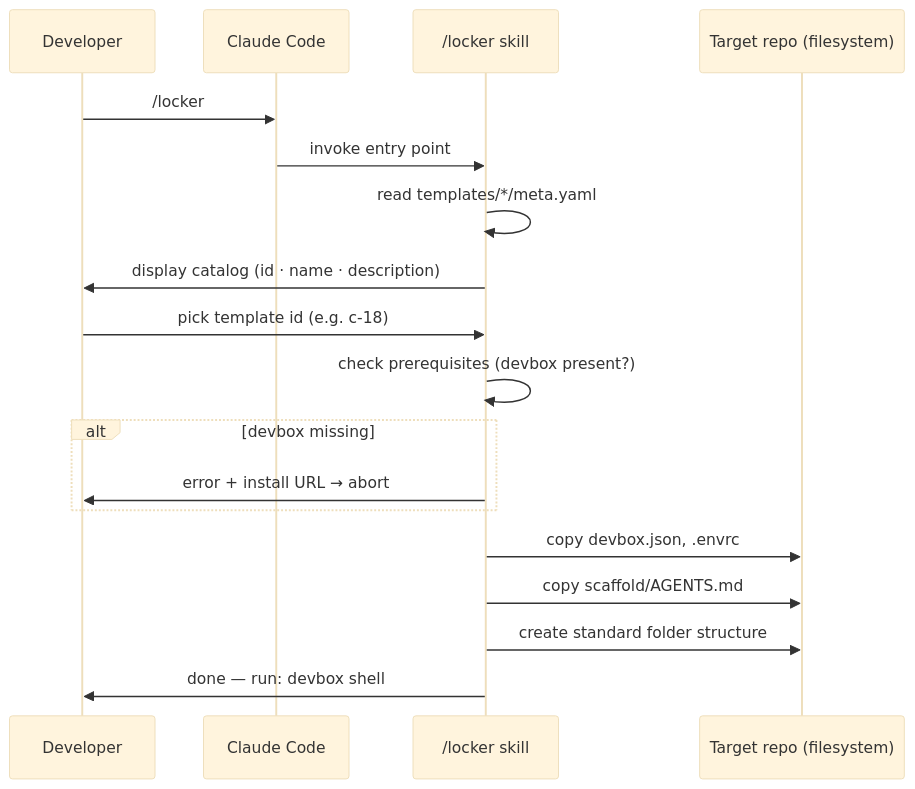
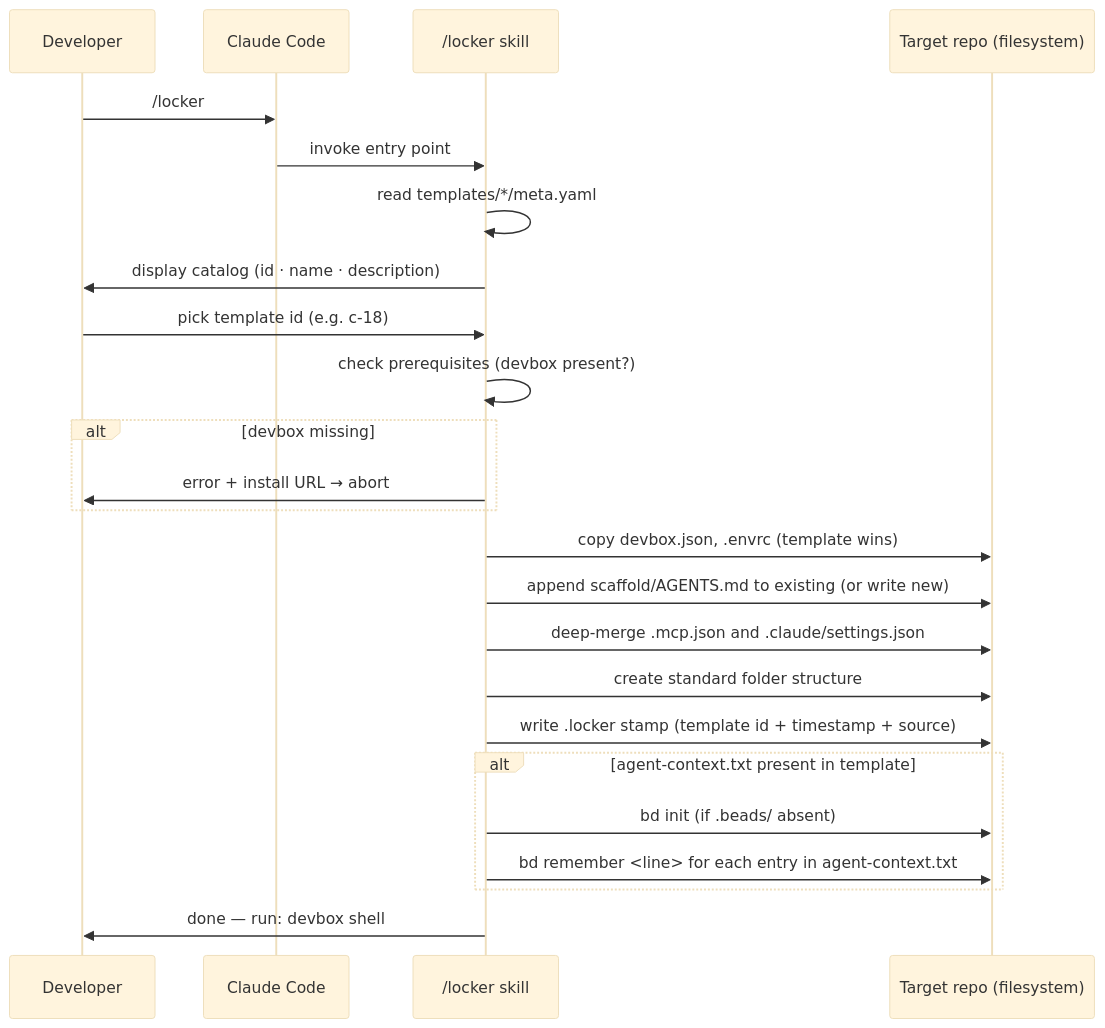
The second of 2 diagrams in docs/architecture.md (pablito/locker-c18), drawn with Mermaid (base theme) before and after one commit. The commit also changed other lines of this file and 2 other files, not shown here.

First line of the commit message:
docs: integrate architecture gaps from specs review

````diff
--- a/docs/architecture.md
+++ b/docs/architecture.md
@@ -96,21 +136,27 @@
 ```mermaid
 sequenceDiagram
     participant Dev as Developer
     participant CC as Claude Code
     participant Skill as /locker skill
     participant FS as Target repo (filesystem)
 
     Dev->>CC: /locker
     CC->>Skill: invoke entry point
     Skill->>Skill: read templates/*/meta.yaml
     Skill->>Dev: display catalog (id · name · description)
     Dev->>Skill: pick template id (e.g. c-18)
     Skill->>Skill: check prerequisites (devbox present?)
     alt devbox missing
         Skill->>Dev: error + install URL → abort
     end
-    Skill->>FS: copy devbox.json, .envrc
-    Skill->>FS: copy scaffold/AGENTS.md
+    Skill->>FS: copy devbox.json, .envrc (template wins)
+    Skill->>FS: append scaffold/AGENTS.md to existing (or write new)
+    Skill->>FS: deep-merge .mcp.json and .claude/settings.json
     Skill->>FS: create standard folder structure
+    Skill->>FS: write .locker stamp (template id + timestamp + source)
+    alt agent-context.txt present in template
+        Skill->>FS: bd init (if .beads/ absent)
+        Skill->>FS: bd remember <line> for each entry in agent-context.txt
+    end
     Skill->>Dev: done — run: devbox shell
 ```
````
